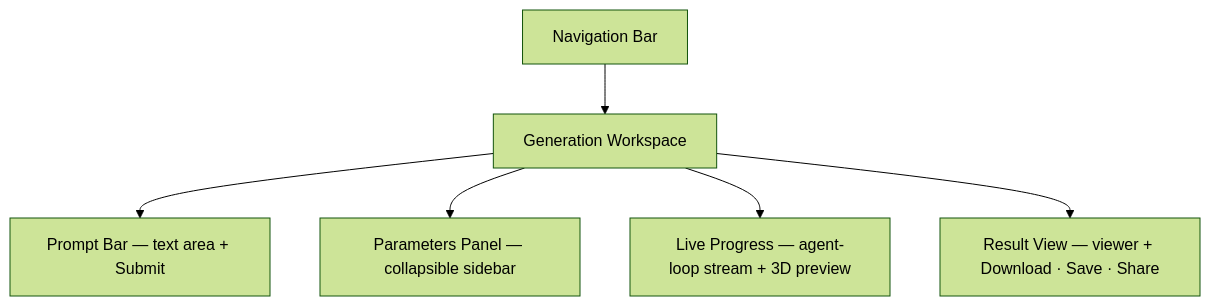
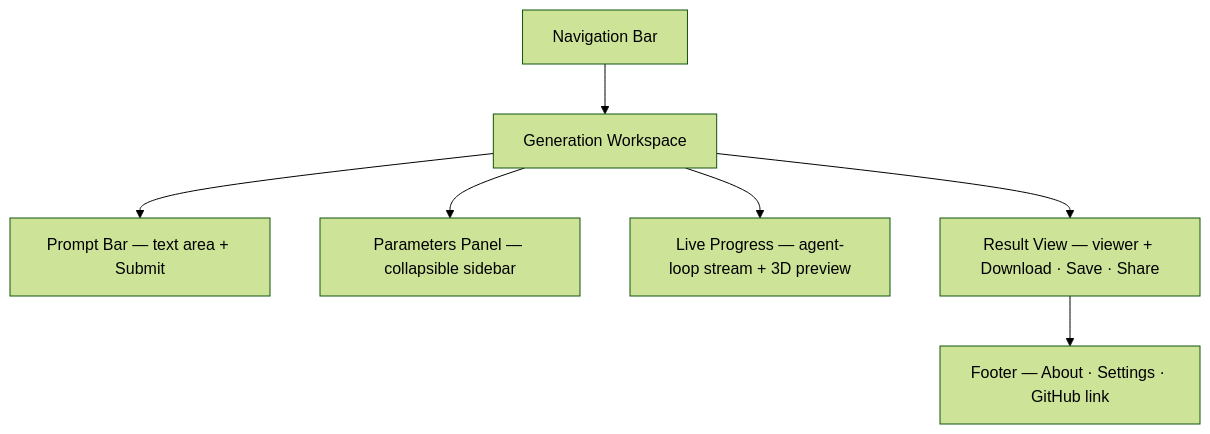
Before and after one commit to nsheaps/farish: the diagram in docs/pages/generate/SPEC.md, drawn with Mermaid (forest theme). The commit also changed other lines of this file and 30 other files, not shown here.

````diff
--- a/docs/pages/generate/SPEC.md
+++ b/docs/pages/generate/SPEC.md
@@ -38,10 +38,12 @@
 ```mermaid
 flowchart TB
     Nav[Navigation Bar]
     Workspace[Generation Workspace]
     Nav --> Workspace
     Workspace --> Prompt[Prompt Bar — text area + Submit]
     Workspace --> Params[Parameters Panel — collapsible sidebar]
     Workspace --> Progress[Live Progress — agent-loop stream + 3D preview]
     Workspace --> Result[Result View — viewer + Download · Save · Share]
+    Footer[Footer — About · Settings · GitHub link]
+    Result --> Footer
 ```
````
